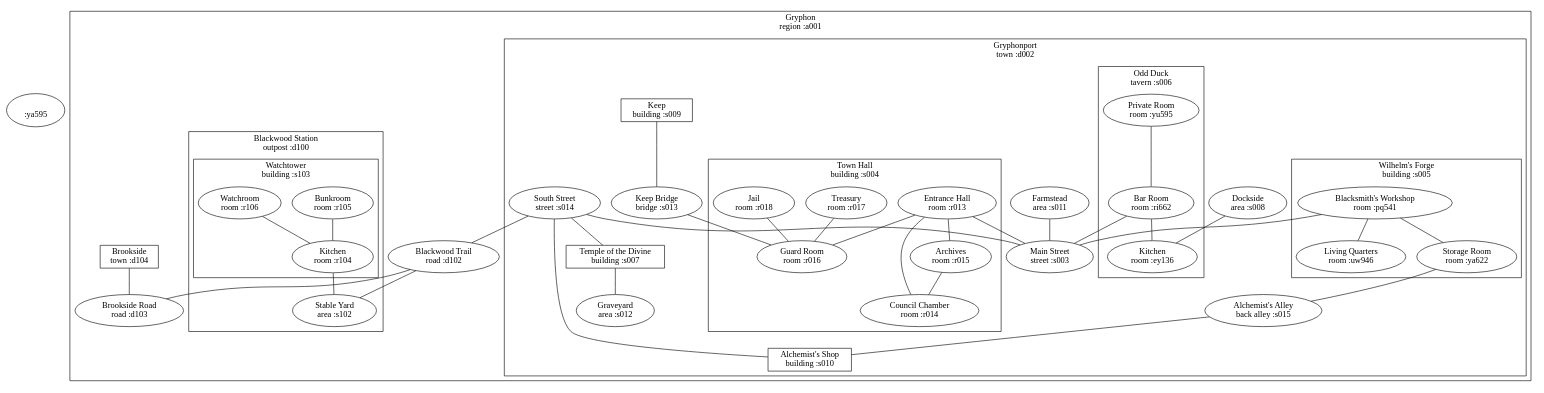
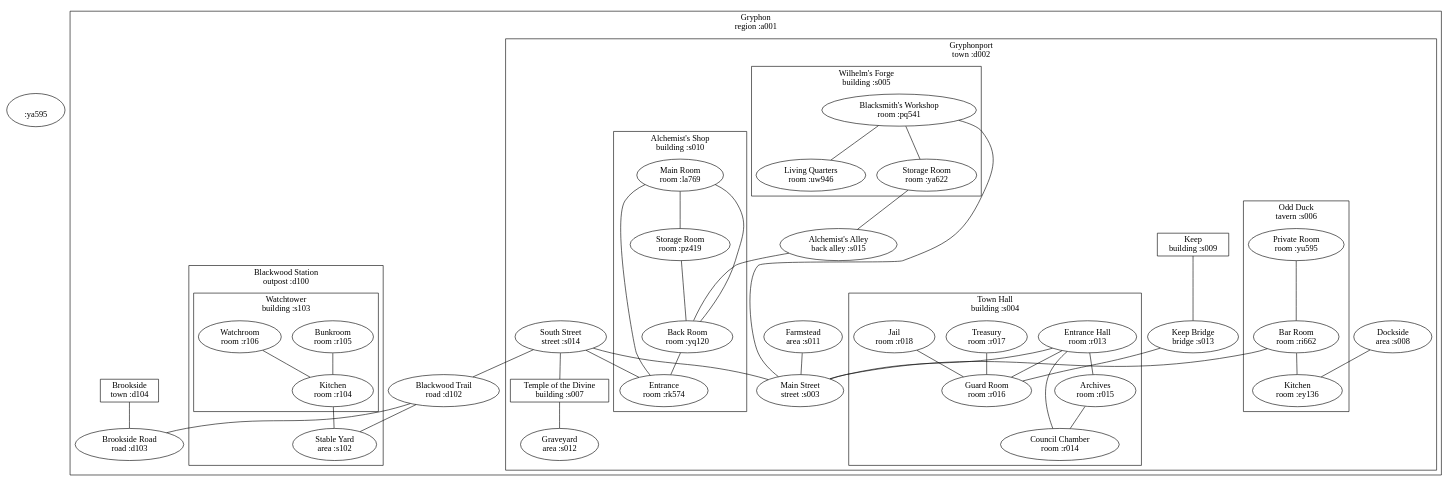
One commit to Chouser/gryphonport changed the diagram in world.dot. Above: the diagram before and after it, drawn with Graphviz. The commit also changed 1 other file, not shown here.

```diff
--- a/world.dot
+++ b/world.dot
@@ -1,83 +1,94 @@
 graph world {
   ya595[shape=ellipse, label="\n :ya595"];
   subgraph cluster_a001 {
   label="Gryphon\nregion :a001";
     subgraph cluster_d002 {
     label="Gryphonport\ntown :d002";
       s003[shape=ellipse, label="Main Street\nstreet :s003"];
       subgraph cluster_s004 {
       label="Town Hall\nbuilding :s004";
         r013[shape=ellipse, label="Entrance Hall\nroom :r013"];
         r014[shape=ellipse, label="Council Chamber\nroom :r014"];
         r015[shape=ellipse, label="Archives\nroom :r015"];
         r016[shape=ellipse, label="Guard Room\nroom :r016"];
         r017[shape=ellipse, label="Treasury\nroom :r017"];
         r018[shape=ellipse, label="Jail\nroom :r018"];
       }
       subgraph cluster_s005 {
       label="Wilhelm's Forge\nbuilding :s005";
         pq541[shape=ellipse, label="Blacksmith's Workshop\nroom :pq541"];
         uw946[shape=ellipse, label="Living Quarters\nroom :uw946"];
         ya622[shape=ellipse, label="Storage Room\nroom :ya622"];
       }
       subgraph cluster_s006 {
       label="Odd Duck\ntavern :s006";
         ey136[shape=ellipse, label="Kitchen\nroom :ey136"];
         ri662[shape=ellipse, label="Bar Room\nroom :ri662"];
         yu595[shape=ellipse, label="Private Room\nroom :yu595"];
       }
       s007[shape=box, label="Temple of the Divine\nbuilding :s007"];
       s008[shape=ellipse, label="Dockside\narea :s008"];
       s009[shape=box, label="Keep\nbuilding :s009"];
-      s010[shape=box, label="Alchemist's Shop\nbuilding :s010"];
+      subgraph cluster_s010 {
+      label="Alchemist's Shop\nbuilding :s010";
+        la769[shape=ellipse, label="Main Room\nroom :la769"];
+        pz419[shape=ellipse, label="Storage Room\nroom :pz419"];
+        rk574[shape=ellipse, label="Entrance\nroom :rk574"];
+        yq120[shape=ellipse, label="Back Room\nroom :yq120"];
+      }
       s011[shape=ellipse, label="Farmstead\narea :s011"];
       s012[shape=ellipse, label="Graveyard\narea :s012"];
       s013[shape=ellipse, label="Keep Bridge\nbridge :s013"];
       s014[shape=ellipse, label="South Street\nstreet :s014"];
       s015[shape=ellipse, label="Alchemist's Alley\nback alley :s015"];
     }
     subgraph cluster_d100 {
     label="Blackwood Station\noutpost :d100";
       s102[shape=ellipse, label="Stable Yard\narea :s102"];
       subgraph cluster_s103 {
       label="Watchtower\nbuilding :s103";
         r104[shape=ellipse, label="Kitchen\nroom :r104"];
         r105[shape=ellipse, label="Bunkroom\nroom :r105"];
         r106[shape=ellipse, label="Watchroom\nroom :r106"];
       }
     }
     d102[shape=ellipse, label="Blackwood Trail\nroad :d102"];
     d103[shape=ellipse, label="Brookside Road\nroad :d103"];
     d104[shape=box, label="Brookside\ntown :d104"];
   }
   s013 -- r016;
   pq541 -- s003;
+  la769 -- rk574;
   ri662 -- ey136;
   d102 -- s102;
   s014 -- d102;
   d102 -- d103;
   ya622 -- s015;
   r106 -- r104;
   s007 -- s012;
   s014 -- s003;
   s008 -- ey136;
   r104 -- s102;
   pq541 -- uw946;
   r018 -- r016;
   r013 -- r015;
+  pz419 -- yq120;
   r015 -- r014;
   r013 -- s003;
   d104 -- d103;
   r013 -- r014;
   s009 -- s013;
   r017 -- r016;
-  s014 -- s010;
+  s015 -- yq120;
   s014 -- s007;
   ri662 -- s003;
-  s015 -- s010;
+  la769 -- pz419;
+  s014 -- rk574;
   r105 -- r104;
   r013 -- r016;
+  la769 -- yq120;
   pq541 -- ya622;
   yu595 -- ri662;
   s011 -- s003;
+  yq120 -- rk574;
 }
```
